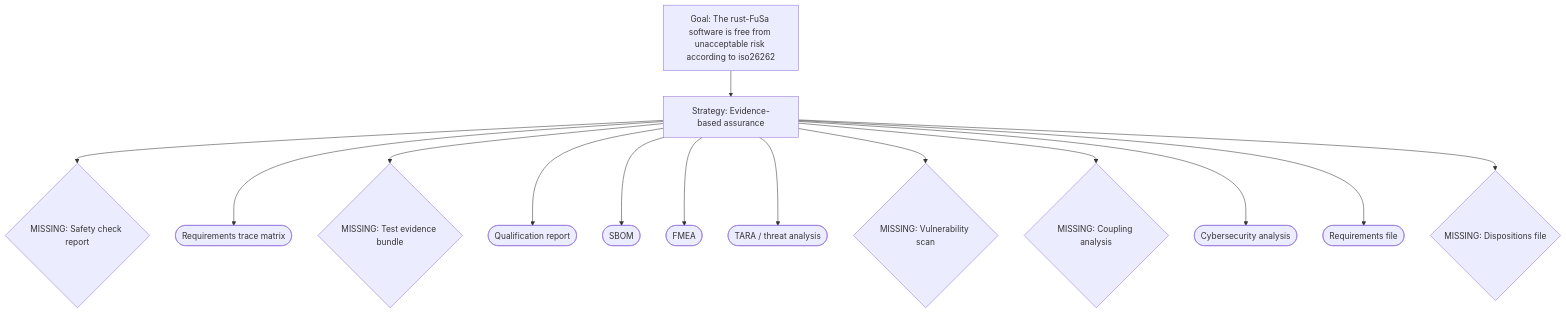
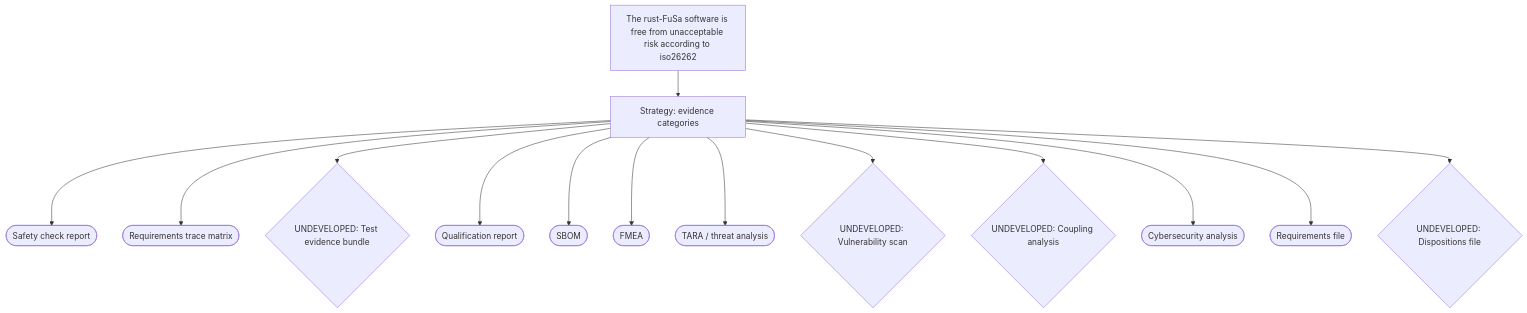
The diagram in safety-case.mermaid (SoundMatt/rust-FuSa), drawn with Mermaid before and after one commit. The commit also changed 28 other files, not shown here.

First line of the commit message:
feat: v0.3.11 — x-FuSa spec v1.14.0 conformance for hara/fmea/tara/safety-case/sas/sci

```diff
--- a/safety-case.mermaid
+++ b/safety-case.mermaid
@@ -1,14 +1,14 @@
 graph TB
-  G1["Goal: The rust-FuSa software is free from unacceptable risk according to iso26262"] --> S1[Strategy: Evidence-based assurance]
-  S1 --> E0{"MISSING: Safety check report"}
-  S1 --> E1(["Requirements trace matrix"])
-  S1 --> E2{"MISSING: Test evidence bundle"}
-  S1 --> E3(["Qualification report"])
-  S1 --> E4(["SBOM"])
-  S1 --> E5(["FMEA"])
-  S1 --> E6(["TARA / threat analysis"])
-  S1 --> E7{"MISSING: Vulnerability scan"}
-  S1 --> E8{"MISSING: Coupling analysis"}
-  S1 --> E9(["Cybersecurity analysis"])
-  S1 --> E10(["Requirements file"])
-  S1 --> E11{"MISSING: Dispositions file"}
+  G1["The rust-FuSa software is free from unacceptable risk according to iso26262"] --> St1[Strategy: evidence categories]
+  St1 --> G2(["Safety check report"])
+  St1 --> G3(["Requirements trace matrix"])
+  St1 --> G4{"UNDEVELOPED: Test evidence bundle"}
+  St1 --> G5(["Qualification report"])
+  St1 --> G6(["SBOM"])
+  St1 --> G7(["FMEA"])
+  St1 --> G8(["TARA / threat analysis"])
+  St1 --> G9{"UNDEVELOPED: Vulnerability scan"}
+  St1 --> G10{"UNDEVELOPED: Coupling analysis"}
+  St1 --> G11(["Cybersecurity analysis"])
+  St1 --> G12(["Requirements file"])
+  St1 --> G13{"UNDEVELOPED: Dispositions file"}
```
